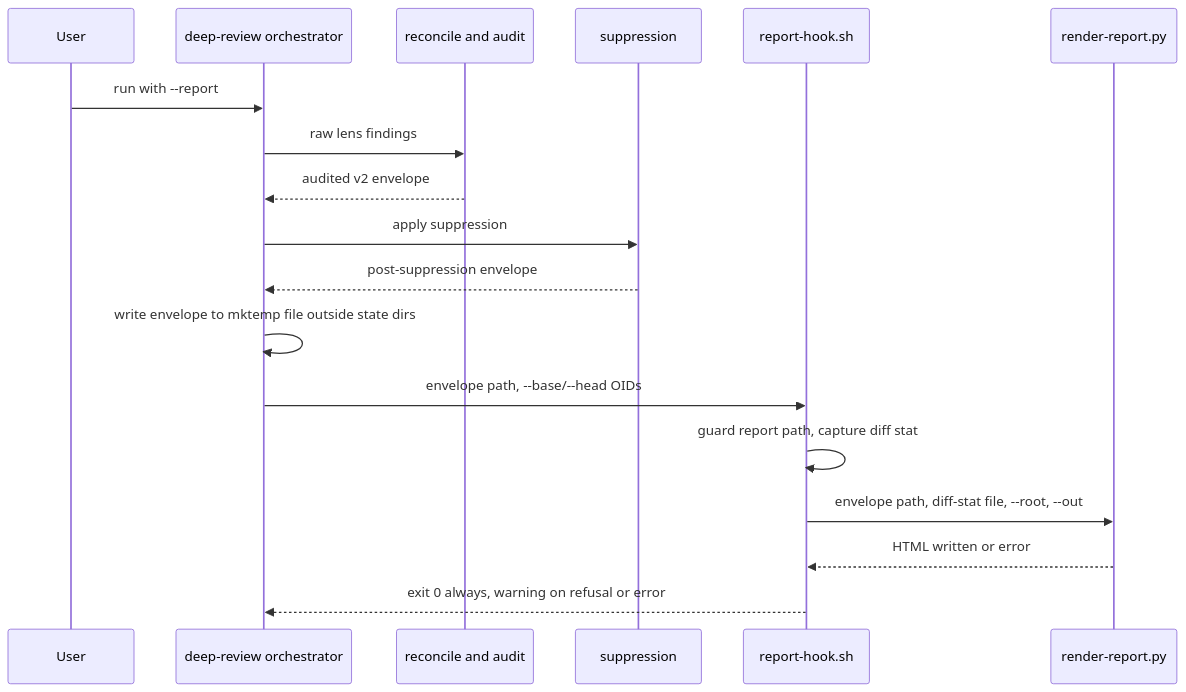
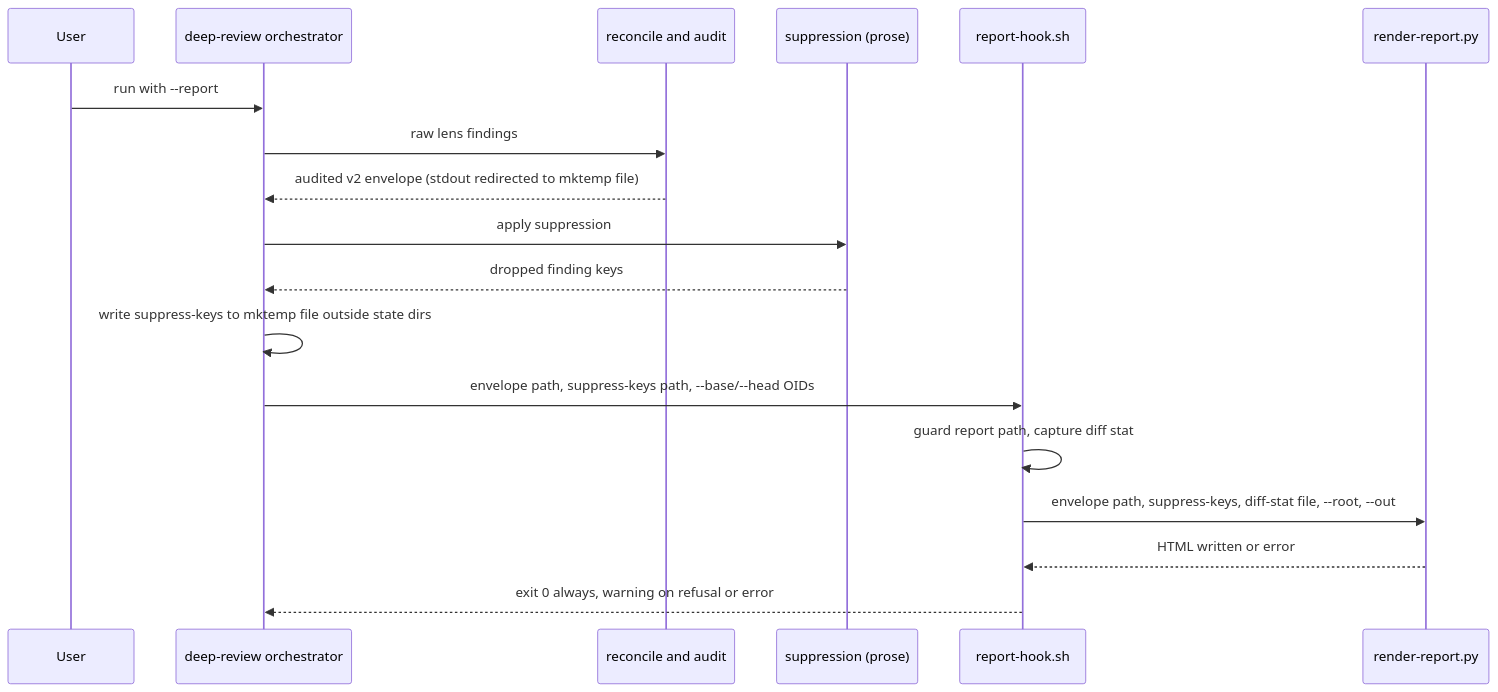
One commit to vr000m/skein changed the third of 3 diagrams in docs/dev_plans/20261008-feature-review-output-formats.md. Above: the diagram before and after it, drawn with Mermaid. The commit also changed other lines of this file, not shown here.

````diff
--- a/docs/dev_plans/20261008-feature-review-output-formats.md
+++ b/docs/dev_plans/20261008-feature-review-output-formats.md
@@ -233,20 +252,20 @@
 ```mermaid
 sequenceDiagram
     participant U as User
     participant D as deep-review orchestrator
     participant RC as reconcile and audit
-    participant S as suppression
+    participant S as suppression (prose)
     participant H as report-hook.sh
     participant R as render-report.py
     U->>D: run with --report
     D->>RC: raw lens findings
-    RC-->>D: audited v2 envelope
+    RC-->>D: audited v2 envelope (stdout redirected to mktemp file)
     D->>S: apply suppression
-    S-->>D: post-suppression envelope
-    D->>D: write envelope to mktemp file outside state dirs
-    D->>H: envelope path, --base/--head OIDs
+    S-->>D: dropped finding keys
+    D->>D: write suppress-keys to mktemp file outside state dirs
+    D->>H: envelope path, suppress-keys path, --base/--head OIDs
     H->>H: guard report path, capture diff stat
-    H->>R: envelope path, diff-stat file, --root, --out
+    H->>R: envelope path, suppress-keys, diff-stat file, --root, --out
     R-->>H: HTML written or error
     H-->>D: exit 0 always, warning on refusal or error
 ```
````
